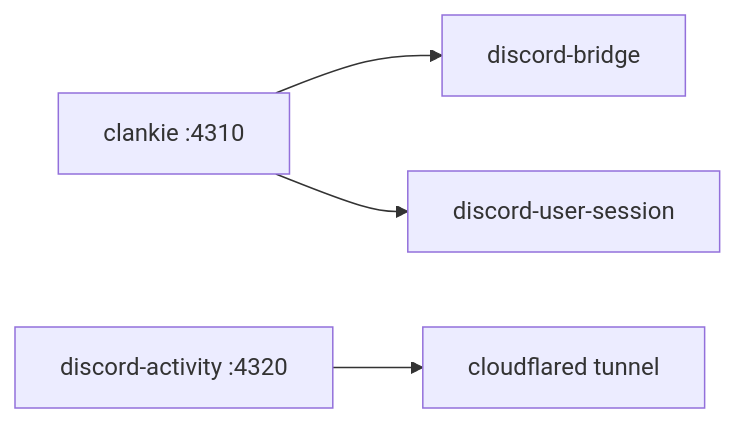
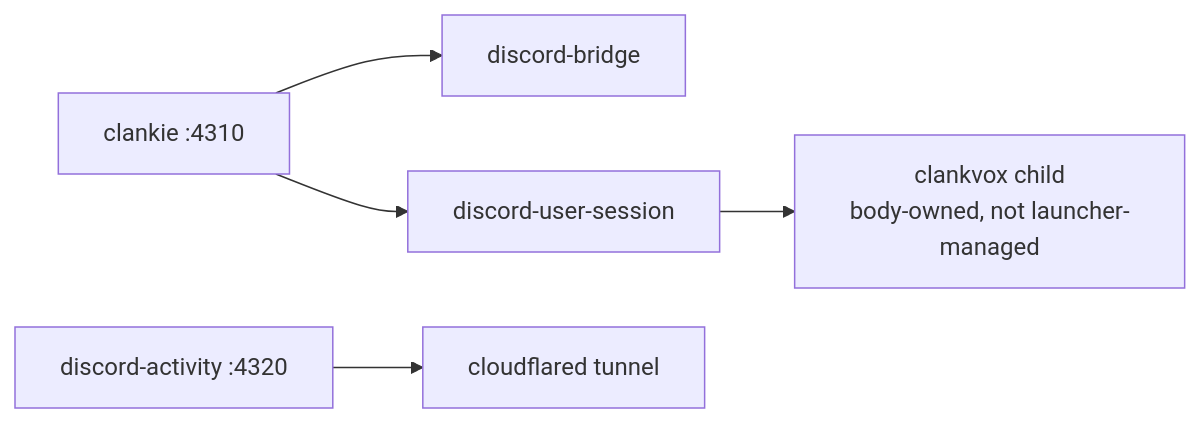
The diagram in apps/tui/README.md (Volpestyle/clankie), drawn with Mermaid before and after one commit. The commit also changed other lines of this file and 78 other files, not shown here.

````diff
--- a/apps/tui/README.md
+++ b/apps/tui/README.md
@@ -56,6 +47,7 @@
 ```mermaid
 flowchart LR
   clankie["clankie :4310"] --> bridge["discord-bridge"]
   clankie --> lab["discord-user-session"]
+  lab --> vox["clankvox child<br/>body-owned, not launcher-managed"]
   activity["discord-activity :4320"] --> tunnel["cloudflared tunnel"]
 ```
````
